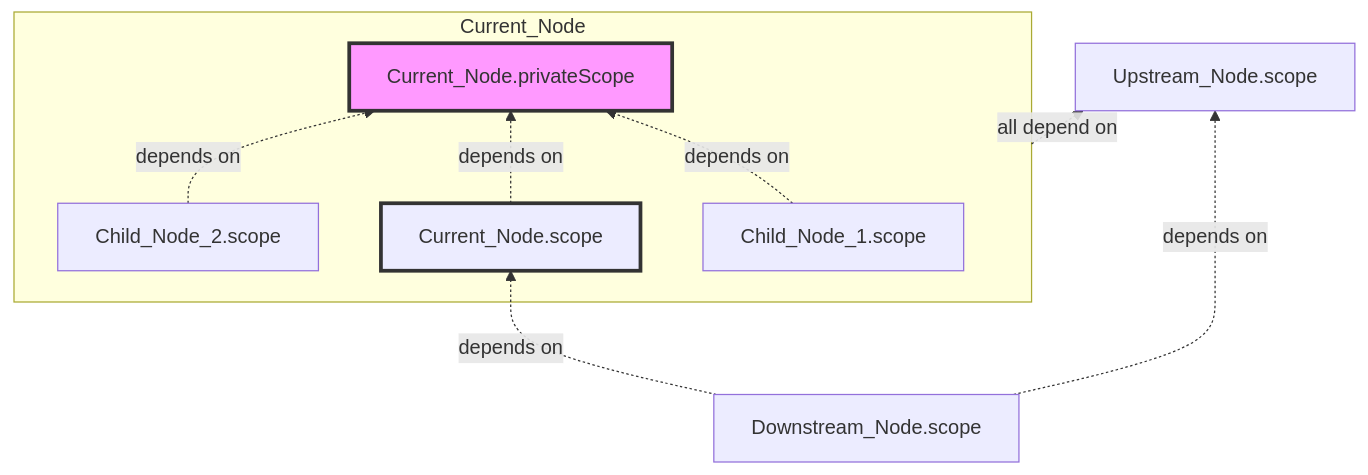
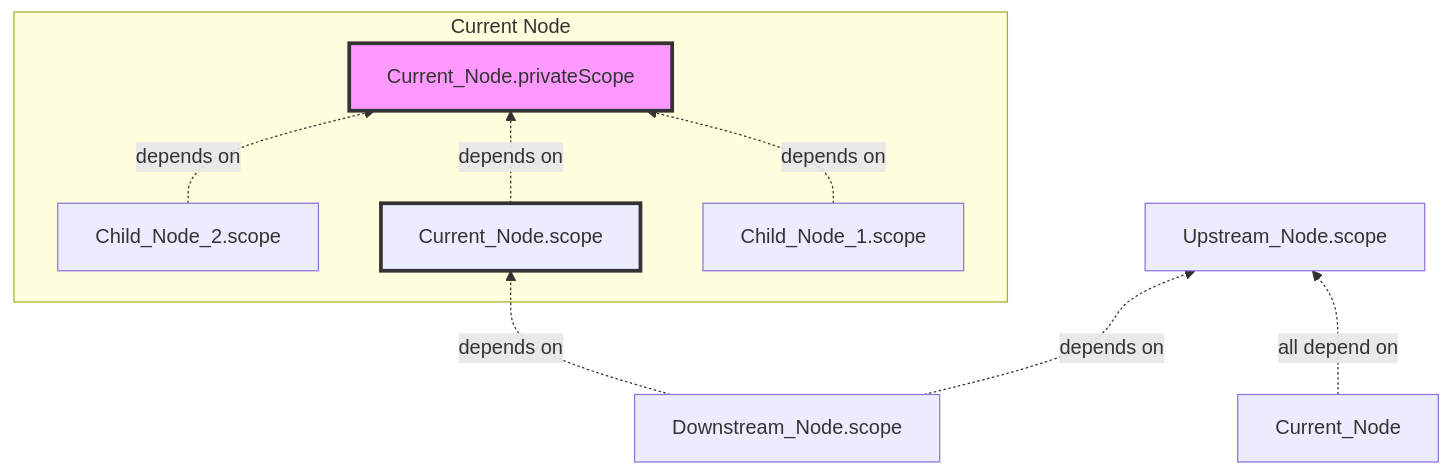
One commit to bytedance/flowgram.ai changed the diagram in apps/docs/src/en/guide/variable/variable-output.mdx. Above: the diagram before and after it, drawn with Mermaid. The commit also changed other lines of this file and 5 other files, not shown here.

````diff
--- a/apps/docs/src/en/guide/variable/variable-output.mdx
+++ b/apps/docs/src/en/guide/variable/variable-output.mdx
@@ -364,16 +377,16 @@
 ```mermaid
 graph BT
-  subgraph Current_Node
+  subgraph Current Node
     Child_Node_1.scope -.depends on.-> Current_Node.privateScope
     Current_Node.scope -.depends on.-> Current_Node.privateScope
     Child_Node_2.scope -.depends on.-> Current_Node.privateScope
   end
 
   Current_Node -.all depend on.-> Upstream_Node.scope
   Downstream_Node.scope -.depends on.-> Current_Node.scope
   Downstream_Node.scope -.depends on.-> Upstream_Node.scope
 
 
   style Current_Node.privateScope fill:#f9f,stroke:#333,stroke-width:3px
   style Current_Node.scope stroke:#333,stroke-width:3px
 ```
````
